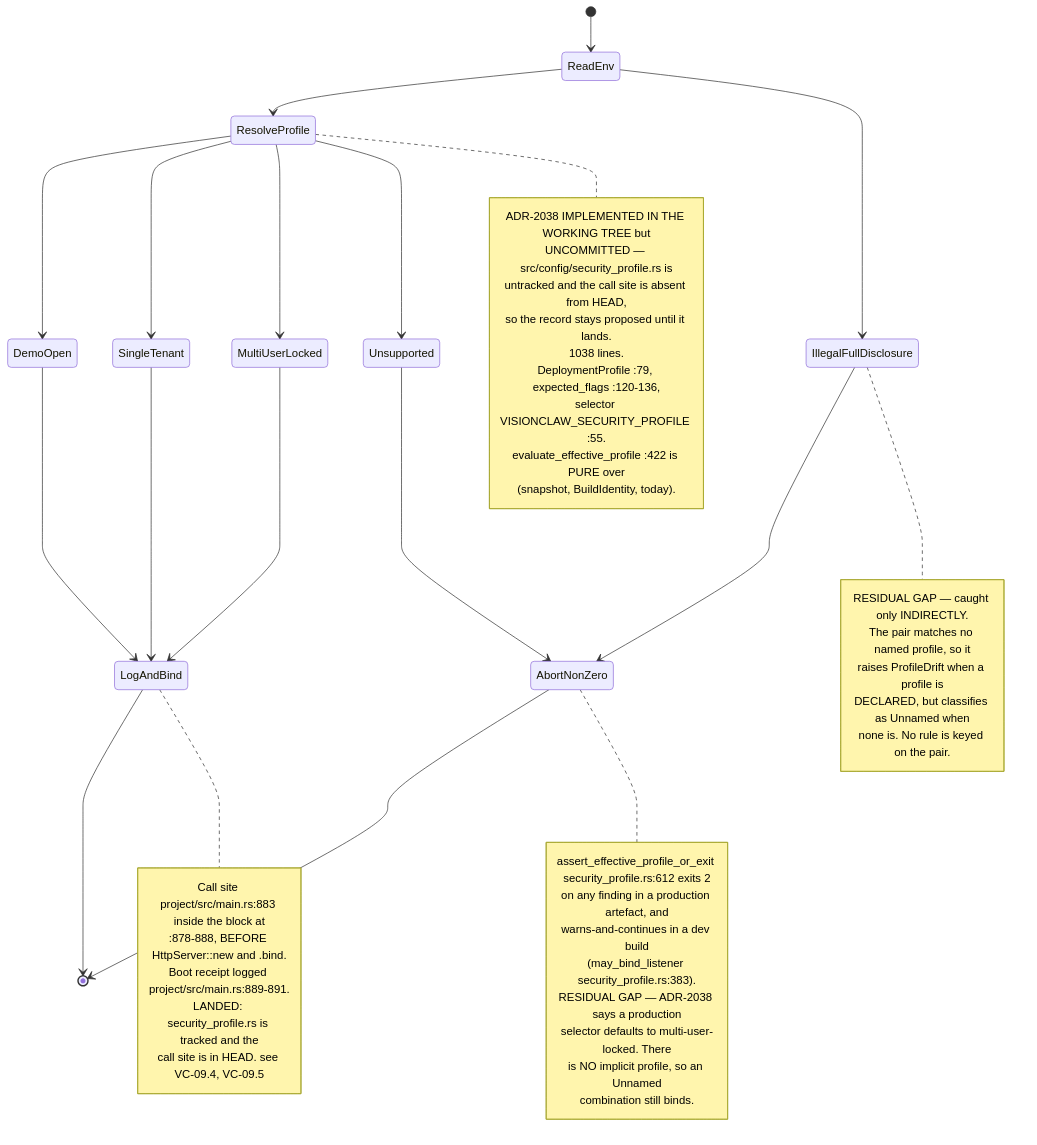
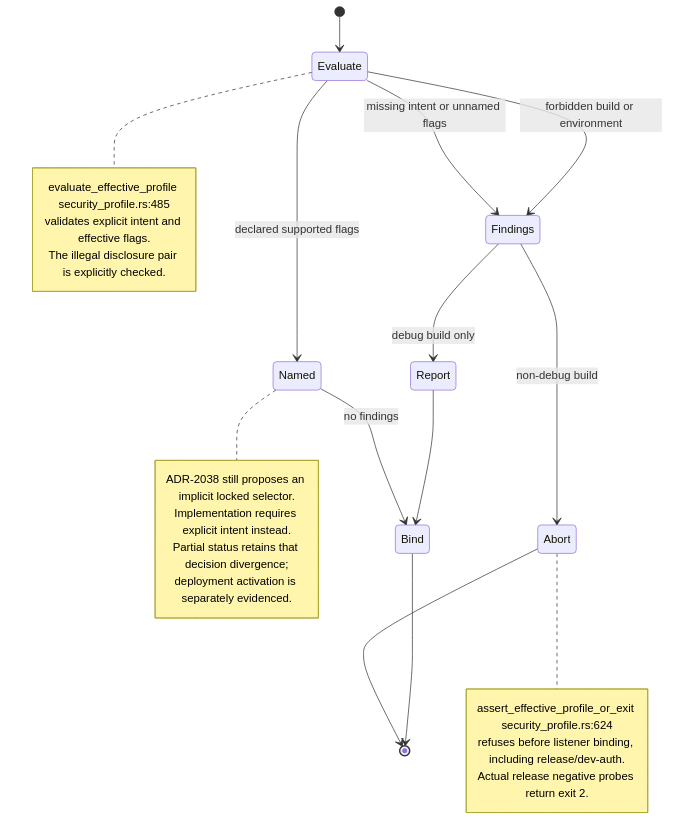
The seventh of 10 diagrams in docs/diagrams/estate/10-deployment-and-security-profiles.md (DreamLab-AI/VisionFlow), drawn with Mermaid before and after one commit. The commit also changed other lines of this file and 51 other files, not shown here.

First line of the commit message:
docs(diagrams): agentbox AB-01..13 re-attested anchor by anchor (980 anchors, 22 defects); checkpoint against an out-of-mesh writer

````diff
--- a/docs/diagrams/estate/10-deployment-and-security-profiles.md
+++ b/docs/diagrams/estate/10-deployment-and-security-profiles.md
@@ -257,53 +258,29 @@
 ```mermaid
 stateDiagram-v2
-    [*] --> ReadEnv
-    ReadEnv --> ResolveProfile
-    ResolveProfile --> DemoOpen
-    ResolveProfile --> SingleTenant
-    ResolveProfile --> MultiUserLocked
-    ResolveProfile --> Unsupported
-    DemoOpen --> LogAndBind
-    SingleTenant --> LogAndBind
-    MultiUserLocked --> LogAndBind
-    Unsupported --> AbortNonZero
-    ReadEnv --> IllegalFullDisclosure
-    IllegalFullDisclosure --> AbortNonZero
-    LogAndBind --> [*]
-    AbortNonZero --> [*]
-
-    note right of ResolveProfile
-        ADR-2038 IMPLEMENTED IN THE WORKING TREE but
-        UNCOMMITTED — src/config/security_profile.rs is
-        untracked and the call site is absent from HEAD,
-        so the record stays proposed until it lands.
-        1038 lines.
-        DeploymentProfile :79, expected_flags :120-136,
-        selector VISIONCLAW_SECURITY_PROFILE :55.
-        evaluate_effective_profile :422 is PURE over
-        (snapshot, BuildIdentity, today).
+    [*] --> Evaluate
+    Evaluate --> Named: declared supported flags
+    Evaluate --> Findings: missing intent or unnamed flags
+    Evaluate --> Findings: forbidden build or environment
+    Named --> Bind: no findings
+    Findings --> Abort: non-debug build
+    Findings --> Report: debug build only
+    Report --> Bind
+    Abort --> [*]
+    Bind --> [*]
+    note right of Evaluate
+        evaluate_effective_profile security_profile.rs:485
+        validates explicit intent and effective flags.
+        The illegal disclosure pair is explicitly checked.
     end note
-    note right of IllegalFullDisclosure
-        RESIDUAL GAP — caught only INDIRECTLY.
-        The pair matches no named profile, so it
-        raises ProfileDrift when a profile is
-        DECLARED, but classifies as Unnamed when
-        none is. No rule is keyed on the pair.
+    note right of Abort
+        assert_effective_profile_or_exit security_profile.rs:624
+        refuses before listener binding, including release/dev-auth.
+        Actual release negative probes return exit 2.
     end note
-    note right of AbortNonZero
-        assert_effective_profile_or_exit security_profile.rs:612 exits 2
-        on any finding in a production artefact, and
-        warns-and-continues in a dev build
-        (may_bind_listener security_profile.rs:383).
-        RESIDUAL GAP — ADR-2038 says a production
-        selector defaults to multi-user-locked. There
-        is NO implicit profile, so an Unnamed
-        combination still binds.
-    end note
-    note right of LogAndBind
-        Call site project/src/main.rs:883 inside the block at
-        :878-888, BEFORE HttpServer::new and .bind.
-        Boot receipt logged project/src/main.rs:889-891.
-        LANDED: security_profile.rs is tracked and the
-        call site is in HEAD. see VC-09.4, VC-09.5
+    note right of Named
+        ADR-2038 still proposes an implicit locked selector.
+        Implementation requires explicit intent instead.
+        Partial status retains that decision divergence;
+        deployment activation is separately evidenced.
     end note
 ```
````
